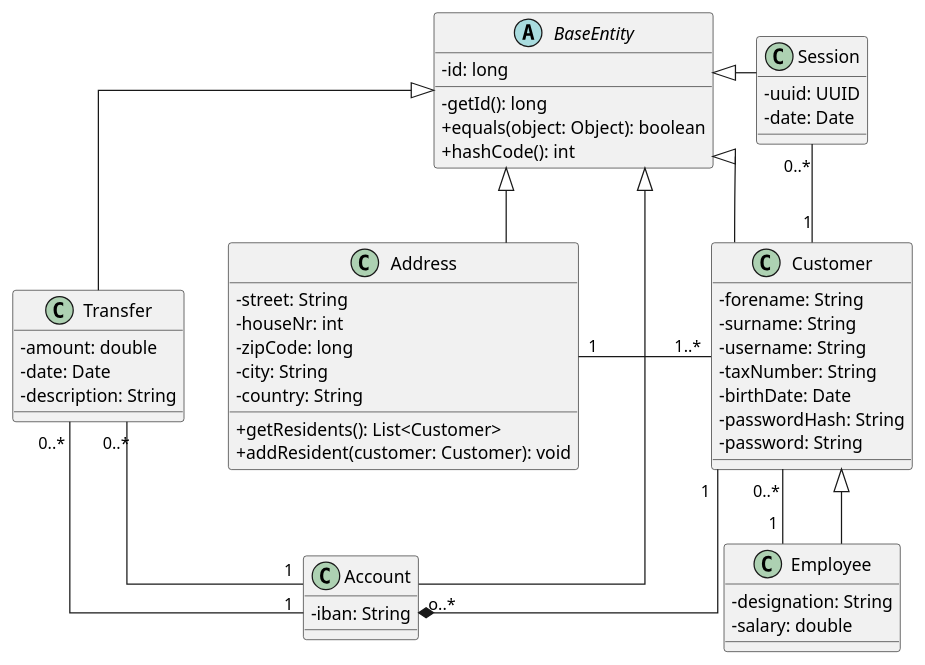
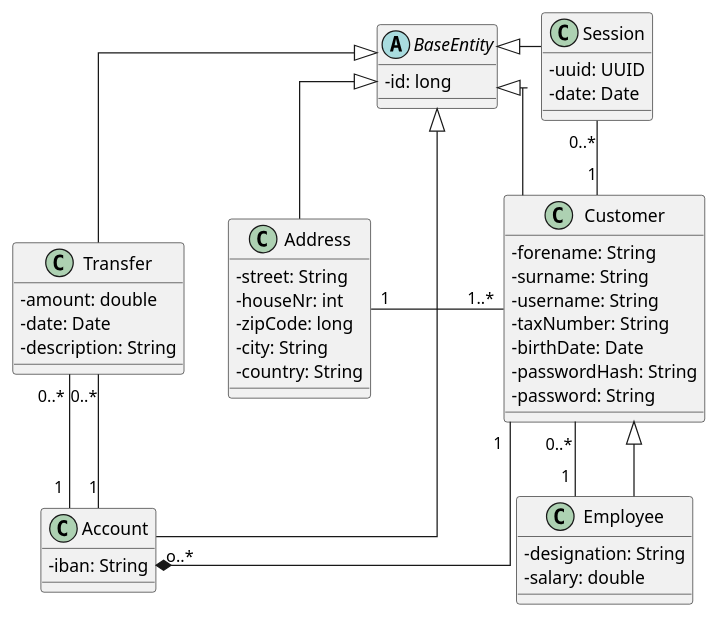
Before and after one commit to SteffBauer/sw_project: the diagram in documentation/diagrams/DiagramClass_BankingService.puml, drawn with PlantUML.

Commit message:
removed methods from diagram

```diff
--- a/documentation/diagrams/DiagramClass_BankingService.puml
+++ b/documentation/diagrams/DiagramClass_BankingService.puml
@@ -1,73 +1,74 @@
 @startuml
 skinparam classAttributeIconSize 0
 skinparam linetype ortho
 
 ' Declare Classes
 abstract class BaseEntity{
    - id: long
-   - getId(): long
-   + equals(object: Object): boolean
-   + hashCode(): int
+   '- getId(): long
+   '+ equals(object: Object): boolean
+   '+ hashCode(): int
 }
 
 class Account{
   - iban: String
 }
 
 class Address{
   - street: String
   - houseNr: int
   - zipCode: long
   - city: String
   - country: String
-  + getResidents(): List<Customer>
-  + addResident(customer: Customer): void
+  '+ getResidents(): List<Customer>
+  '+ addResident(customer: Customer): void
 }
 
 class Customer{
   - forename: String
   - surname: String
   - username: String
   - taxNumber: String
   - birthDate: Date
   - passwordHash: String
   - password: String
 }
 
 class Employee{
    - designation: String
    - salary: double
 }
 
 class Session{
   - uuid: UUID
   - date: Date
 }
 
 class Transfer{
   - amount: double
   - date: Date
   - description: String
 }
 
 
 ' Declare relationship of classes
 Session "0..*" -- "1" Customer
 Customer "1" --* "o..*" Account
 Address "1" - "1..*" Customer
 Transfer "0..*" - "1" Account
 Transfer "0..*" - "1" Account
 Customer "0..*" -- "1" Employee
 
 BaseEntity <|-- Account
 BaseEntity <|-- Address
 BaseEntity <|-- Customer
 BaseEntity <|-- Session
 BaseEntity <|-- Transfer
 
 Customer <|-- Employee
 
 BaseEntity -[hidden]> Session
 Transfer -[hidden]> Address
+Transfer -[hidden]-> Account
 
 @enduml
```
